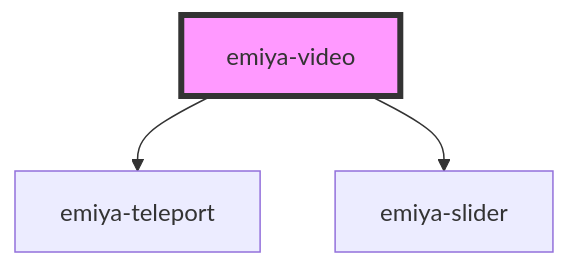
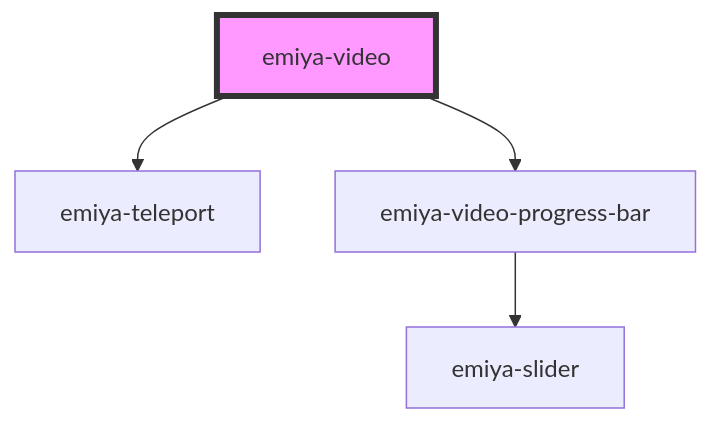
The diagram in src/components/emiya-video/readme.md (emiyalee1005/emiya-video), drawn with Mermaid before and after one commit. The commit also changed other lines of this file and 8 other files, not shown here.

````diff
--- a/src/components/emiya-video/readme.md
+++ b/src/components/emiya-video/readme.md
@@ -23,6 +23,7 @@
 ```mermaid
 graph TD;
   emiya-video --> emiya-teleport
-  emiya-video --> emiya-slider
+  emiya-video --> emiya-video-progress-bar
+  emiya-video-progress-bar --> emiya-slider
   style emiya-video fill:#f9f,stroke:#333,stroke-width:4px
 ```
````
